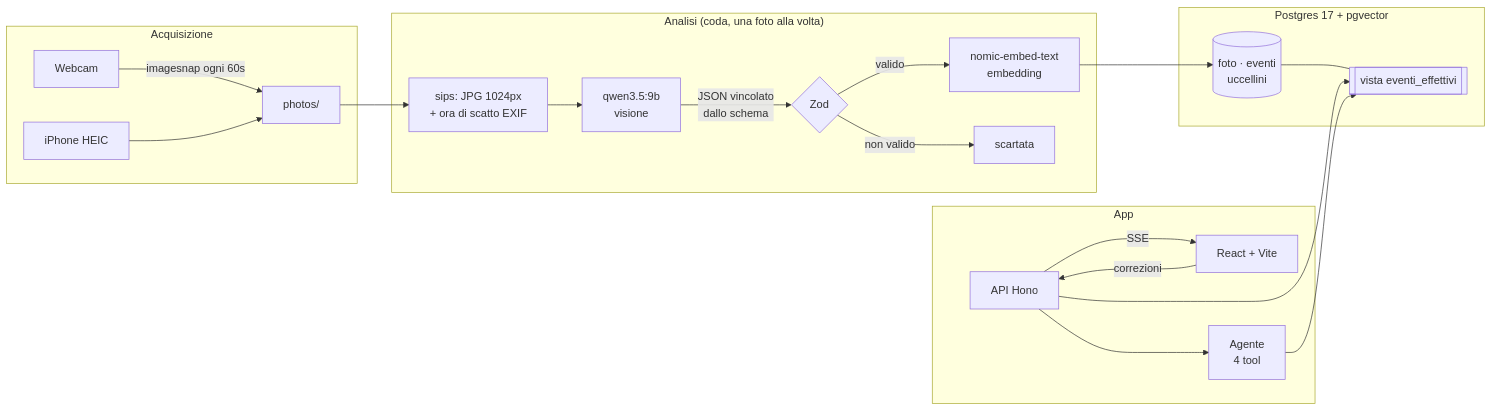
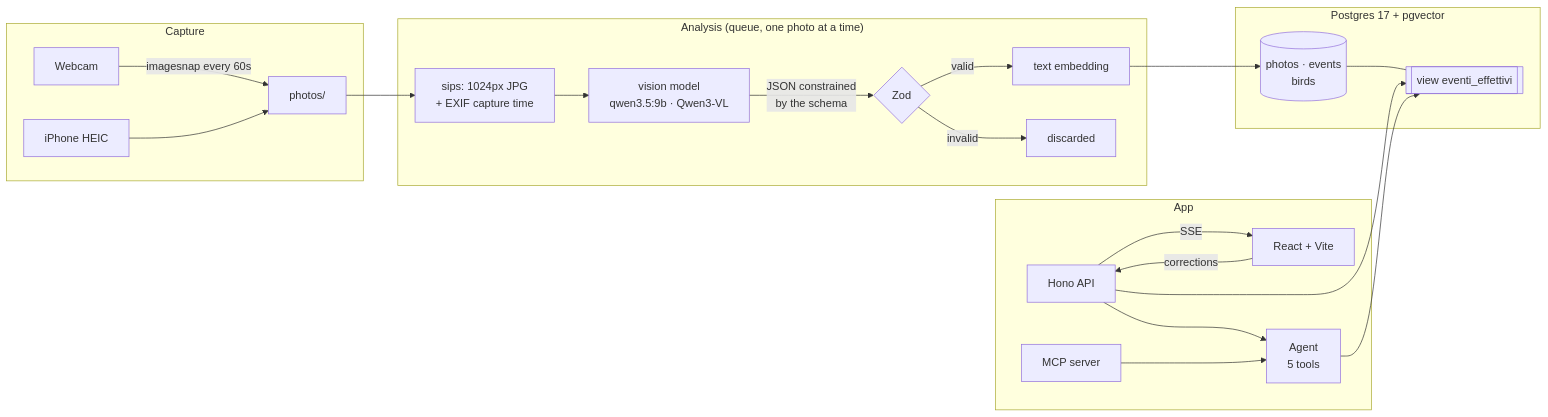
One commit to gianluca932/cippi-cam changed the first of 2 diagrams in README.md. Above: the diagram before and after it, drawn with Mermaid. The commit also changed other lines of this file and 24 other files, not shown here.

````diff
--- a/README.md
+++ b/README.md
@@ -54,28 +58,29 @@
 ```mermaid
 flowchart LR
-    subgraph Acquisizione
-        W[Webcam] -->|imagesnap ogni 60s| F[photos/]
+    subgraph Capture
+        W[Webcam] -->|imagesnap every 60s| F[photos/]
         I[iPhone HEIC] --> F
     end
 
-    subgraph Analisi["Analisi (coda, una foto alla volta)"]
-        F --> C[sips: JPG 1024px<br/>+ ora di scatto EXIF]
-        C --> V[qwen3.5:9b<br/>visione]
-        V -->|JSON vincolato<br/>dallo schema| Z{Zod}
-        Z -->|valido| E[nomic-embed-text<br/>embedding]
-        Z -->|non valido| X[scartata]
+    subgraph Analysis["Analysis (queue, one photo at a time)"]
+        F --> C[sips: 1024px JPG<br/>+ EXIF capture time]
+        C --> V[vision model<br/>qwen3.5:9b · Qwen3-VL]
+        V -->|JSON constrained<br/>by the schema| Z{Zod}
+        Z -->|valid| E[text embedding]
+        Z -->|invalid| X[discarded]
     end
 
-    subgraph Dati["Postgres 17 + pgvector"]
-        E --> DB[(foto · eventi<br/>uccellini)]
-        DB --- VW[[vista eventi_effettivi]]
+    subgraph Data["Postgres 17 + pgvector"]
+        E --> DB[(photos · events<br/>birds)]
+        DB --- VW[[view eventi_effettivi]]
     end
 
     subgraph App
-        API[API Hono] --> VW
+        API[Hono API] --> VW
         API -->|SSE| WEB[React + Vite]
-        WEB -->|correzioni| API
-        AG[Agente<br/>4 tool] --> VW
+        WEB -->|corrections| API
+        AG[Agent<br/>5 tools] --> VW
         API --> AG
+        MCP[MCP server] --> AG
     end
 ```
````
